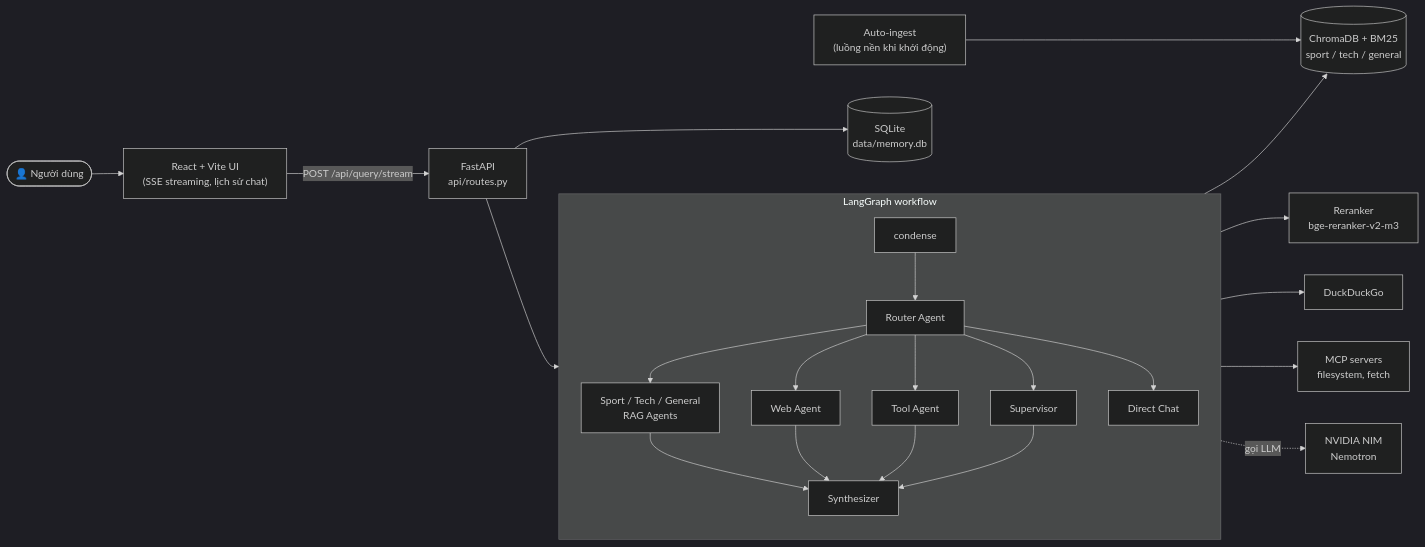
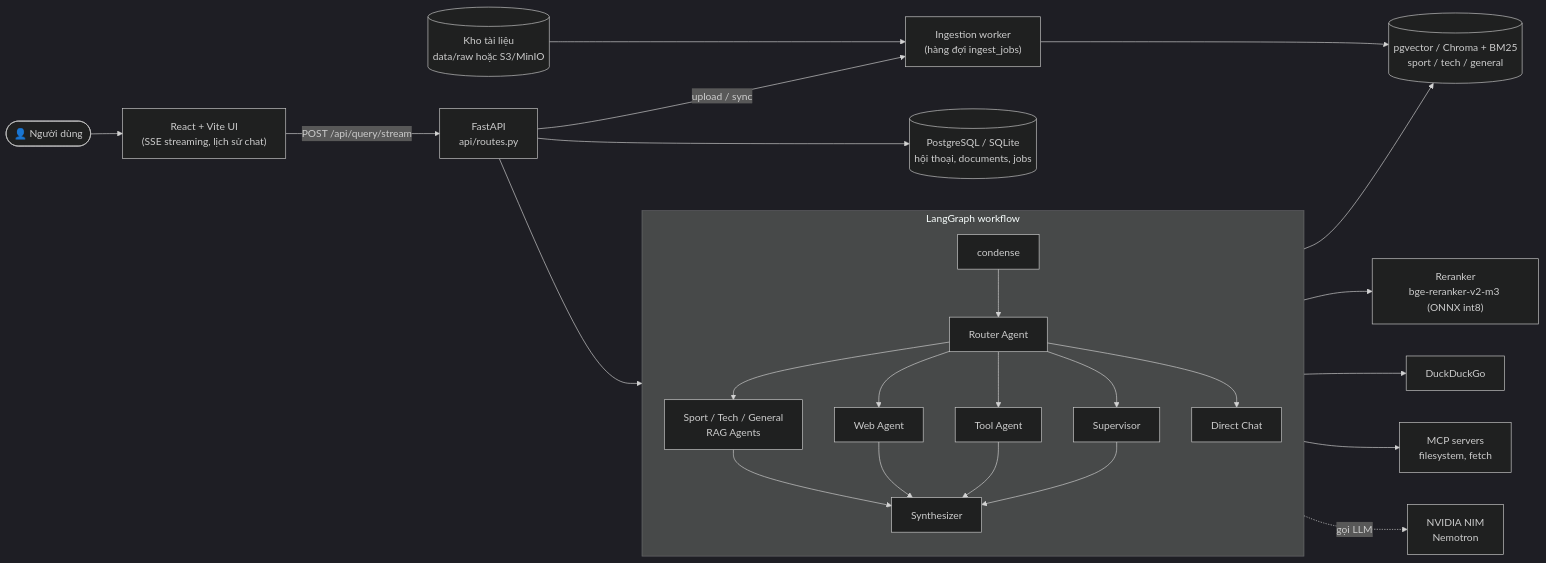
Before and after one commit to hbkhanh22/Multi-RAG-Agent: the first of 7 diagrams in README.md, drawn with Mermaid (dark theme). The commit also changed other lines of this file and 56 other files, not shown here.

````diff
--- a/README.md
+++ b/README.md
@@ -30,25 +31,27 @@
 ```mermaid
 flowchart LR
     U(["👤 Người dùng"]) --> FE["React + Vite UI<br/>(SSE streaming, lịch sử chat)"]
     FE -->|"POST /api/query/stream"| API["FastAPI<br/>api/routes.py"]
-    API --> MEM[("SQLite<br/>data/memory.db")]
+    API --> MEM[("PostgreSQL / SQLite<br/>hội thoại, documents, jobs")]
     API --> G
 
     subgraph G["LangGraph workflow"]
         direction TB
         C["condense"] --> R["Router Agent"]
         R --> A1["Sport / Tech / General<br/>RAG Agents"]
         R --> A2["Web Agent"]
         R --> A3["Tool Agent"]
         R --> SV["Supervisor"]
         R --> DC["Direct Chat"]
         A1 & A2 & A3 & SV --> SY["Synthesizer"]
     end
 
-    A1 --> VS[("ChromaDB + BM25<br/>sport / tech / general")]
-    A1 --> RR["Reranker<br/>bge-reranker-v2-m3"]
+    A1 --> VS[("pgvector / Chroma + BM25<br/>sport / tech / general")]
+    A1 --> RR["Reranker<br/>bge-reranker-v2-m3 (ONNX int8)"]
     A2 --> DDG["DuckDuckGo"]
     A3 --> MCP["MCP servers<br/>filesystem, fetch"]
     G -.->|"gọi LLM"| NIM["NVIDIA NIM<br/>Nemotron"]
-    ING["Auto-ingest<br/>(luồng nền khi khởi động)"] --> VS
+    ST[("Kho tài liệu<br/>data/raw hoặc S3/MinIO")] --> ING["Ingestion worker<br/>(hàng đợi ingest_jobs)"]
+    API -->|"upload / sync"| ING
+    ING --> VS
 ```
````
